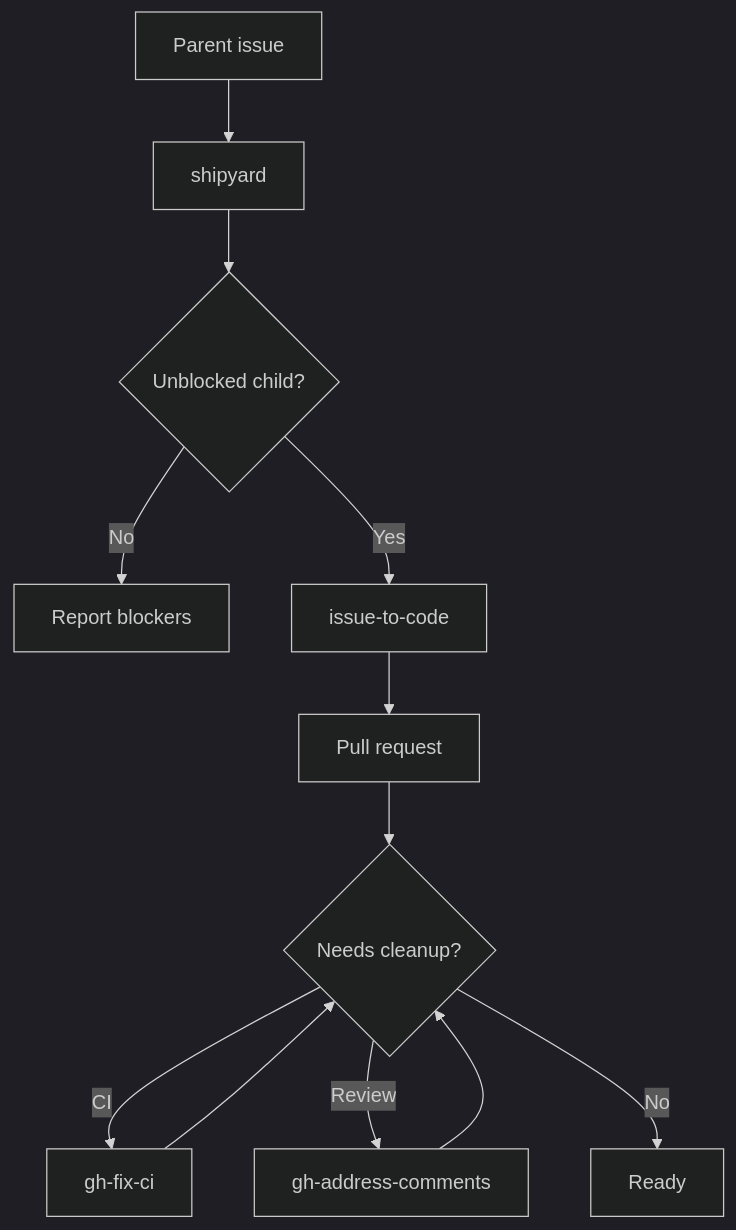
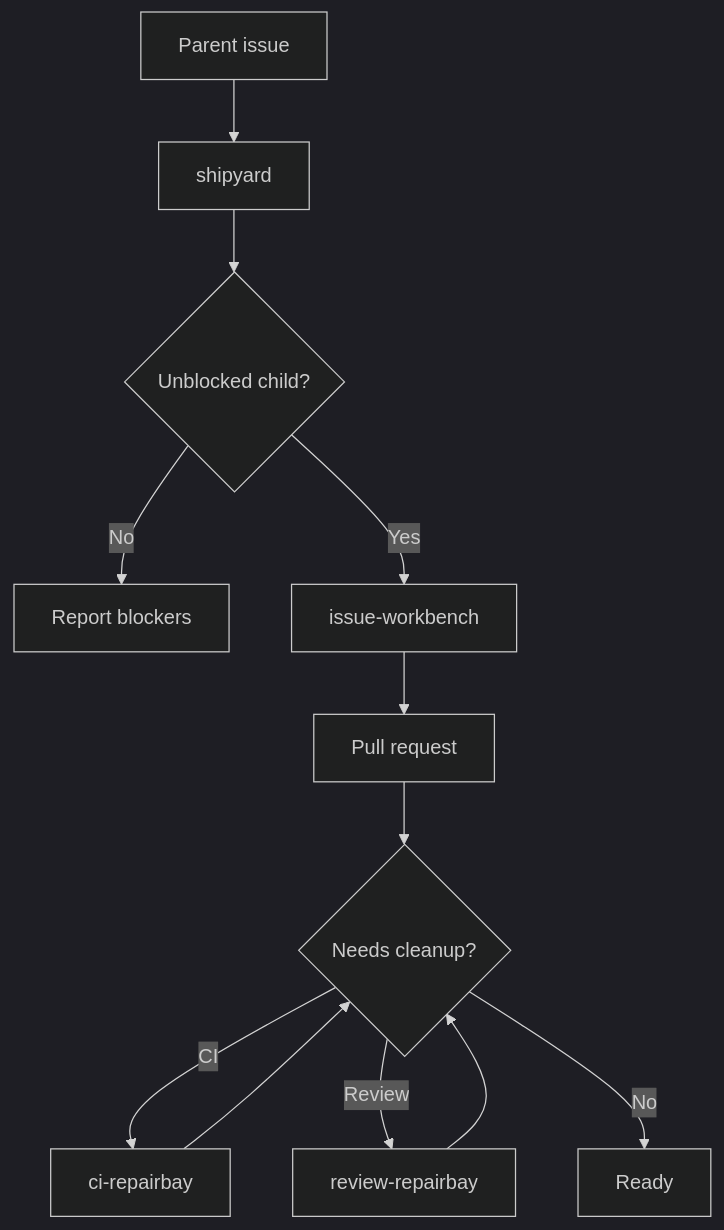
One commit to HenryQW/skills changed the fourth of 5 diagrams in README.md. Above: the diagram before and after it, drawn with Mermaid (dark theme). The commit also changed other lines of this file and 35 other files, not shown here.

````diff
--- a/README.md
+++ b/README.md
@@ -79,14 +86,14 @@
 ```mermaid
 flowchart TD
   parent["Parent issue"] --> shipyard["shipyard"]
   shipyard --> ready{"Unblocked child?"}
   ready -->|No| blocked["Report blockers"]
-  ready -->|Yes| issue["issue-to-code"]
-  issue --> pr["Pull request"]
+  ready -->|Yes| workbench["issue-workbench"]
+  workbench --> pr["Pull request"]
   pr --> cleanup{"Needs cleanup?"}
-  cleanup -->|CI| ci["gh-fix-ci"]
-  cleanup -->|Review| comments["gh-address-comments"]
+  cleanup -->|CI| ci_repair["ci-repairbay"]
+  cleanup -->|Review| review_repair["review-repairbay"]
   cleanup -->|No| done["Ready"]
-  ci --> cleanup
-  comments --> cleanup
+  ci_repair --> cleanup
+  review_repair --> cleanup
 ```
````
